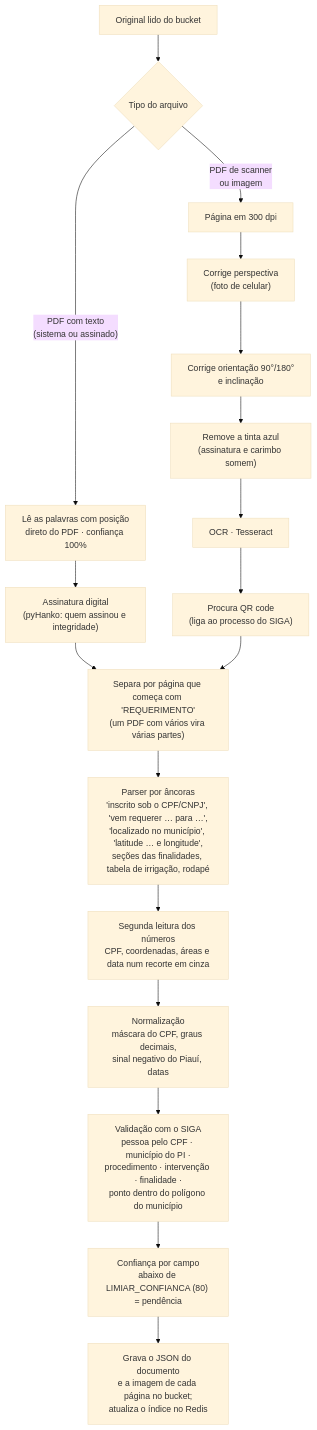
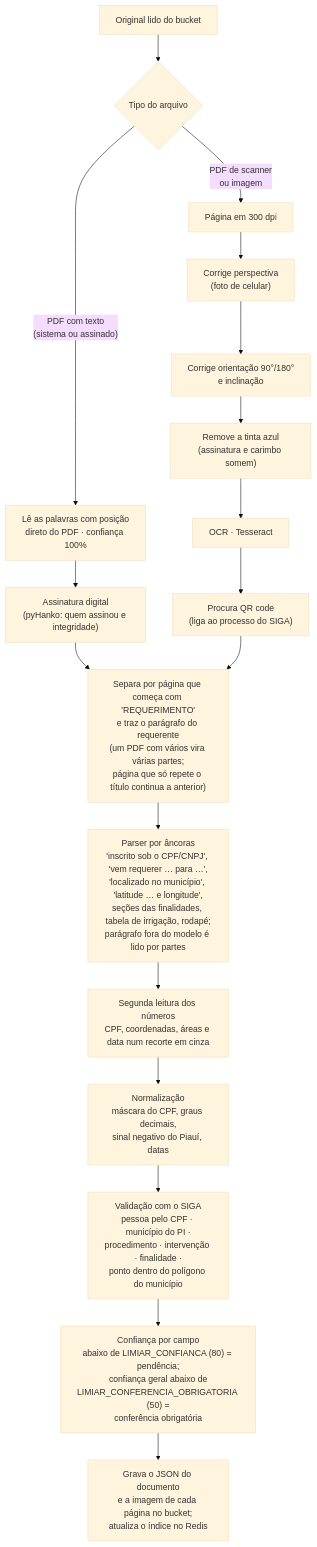
Before and after one commit to ramonabreu-data/ocr-requerimentos: the third of 5 diagrams in README.md, drawn with Mermaid (base theme). The commit also changed other lines of this file and 25 other files, not shown here.

First line of the commit message:
Conferência obrigatória abaixo de 50% e ações de validar, salvar ou descartar

````diff
--- a/README.md
+++ b/README.md
@@ -169,20 +169,20 @@
 ```mermaid
 flowchart TD
     A["Original lido do bucket"] --> B{"Tipo do arquivo"}
     B -- "PDF com texto<br/>(sistema ou assinado)" --> N["Lê as palavras com posição<br/>direto do PDF · confiança 100%"]
     B -- "PDF de scanner<br/>ou imagem" --> O1["Página em 300 dpi"]
     N --> SIG["Assinatura digital<br/>(pyHanko: quem assinou e integridade)"]
     O1 --> O2["Corrige perspectiva<br/>(foto de celular)"]
     O2 --> O3["Corrige orientação 90°/180°<br/>e inclinação"]
     O3 --> O4["Remove a tinta azul<br/>(assinatura e carimbo somem)"]
     O4 --> O5["OCR · Tesseract"]
     O5 --> QR["Procura QR code<br/>(liga ao processo do SIGA)"]
     SIG --> SEG
-    QR --> SEG["Separa por página que começa com 'REQUERIMENTO'<br/>(um PDF com vários vira várias partes)"]
-    SEG --> PA["Parser por âncoras<br/>'inscrito sob o CPF/CNPJ', 'vem requerer … para …',<br/>'localizado no município', 'latitude … e longitude',<br/>seções das finalidades, tabela de irrigação, rodapé"]
+    QR --> SEG["Separa por página que começa com 'REQUERIMENTO'<br/>e traz o parágrafo do requerente<br/>(um PDF com vários vira várias partes;<br/>página que só repete o título continua a anterior)"]
+    SEG --> PA["Parser por âncoras<br/>'inscrito sob o CPF/CNPJ', 'vem requerer … para …',<br/>'localizado no município', 'latitude … e longitude',<br/>seções das finalidades, tabela de irrigação, rodapé;<br/>parágrafo fora do modelo é lido por partes"]
     PA --> RL["Segunda leitura dos números<br/>CPF, coordenadas, áreas e data num recorte em cinza"]
     RL --> NO["Normalização<br/>máscara do CPF, graus decimais,<br/>sinal negativo do Piauí, datas"]
     NO --> VA["Validação com o SIGA<br/>pessoa pelo CPF · município do PI ·<br/>procedimento · intervenção · finalidade ·<br/>ponto dentro do polígono do município"]
-    VA --> CF["Confiança por campo<br/>abaixo de LIMIAR_CONFIANCA (80) = pendência"]
+    VA --> CF["Confiança por campo<br/>abaixo de LIMIAR_CONFIANCA (80) = pendência;<br/>confiança geral abaixo de<br/>LIMIAR_CONFERENCIA_OBRIGATORIA (50) =<br/>conferência obrigatória"]
     CF --> GR["Grava o JSON do documento<br/>e a imagem de cada página no bucket;<br/>atualiza o índice no Redis"]
 ```
````
